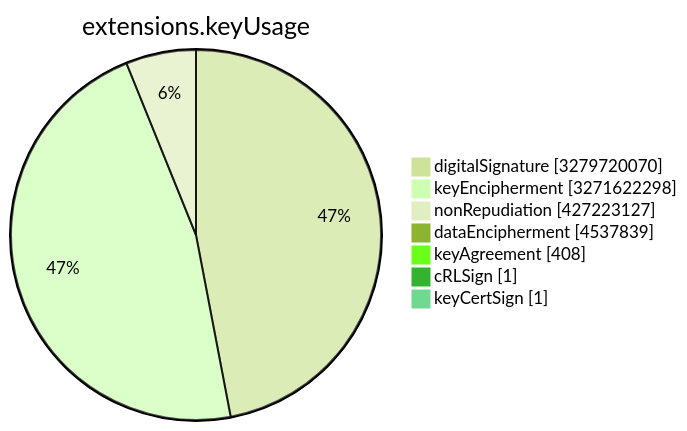
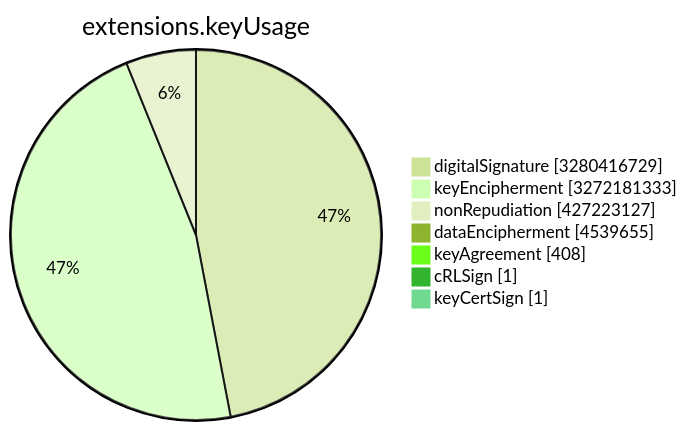
The sixth of 15 diagrams in TOTAL/README.md (christiankrug/ctmonitor_visualization), drawn with Mermaid (forest theme) before and after one commit. The commit also changed other lines of this file, not shown here.

````diff
--- a/TOTAL/README.md
+++ b/TOTAL/README.md
@@ -3078,11 +3078,11 @@
 ```mermaid
 pie showData
 title extensions.keyUsage
-"digitalSignature" :3279720070
-"keyEncipherment" :3271622298
+"digitalSignature" :3280416729
+"keyEncipherment" :3272181333
 "nonRepudiation" :427223127
-"dataEncipherment" :4537839
+"dataEncipherment" :4539655
 "keyAgreement" :408
 "cRLSign" :1
 "keyCertSign" :1
 ```
````
